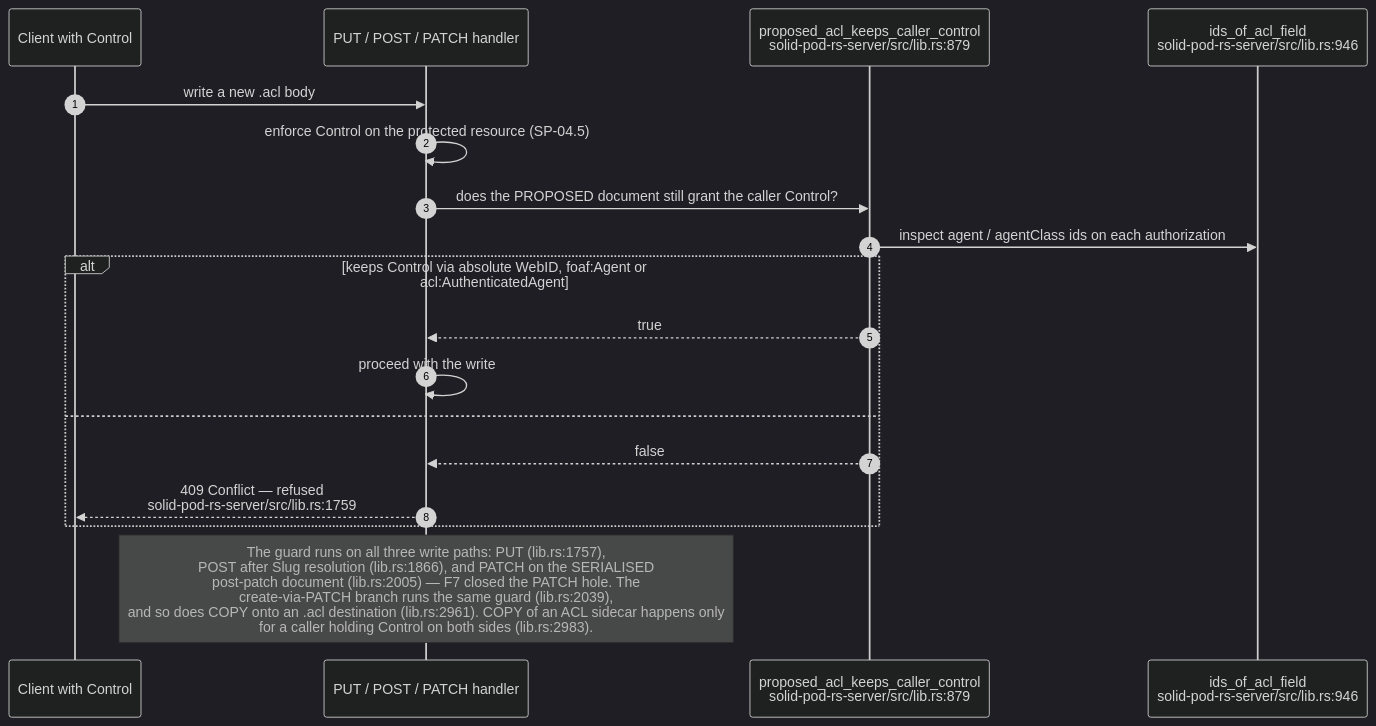
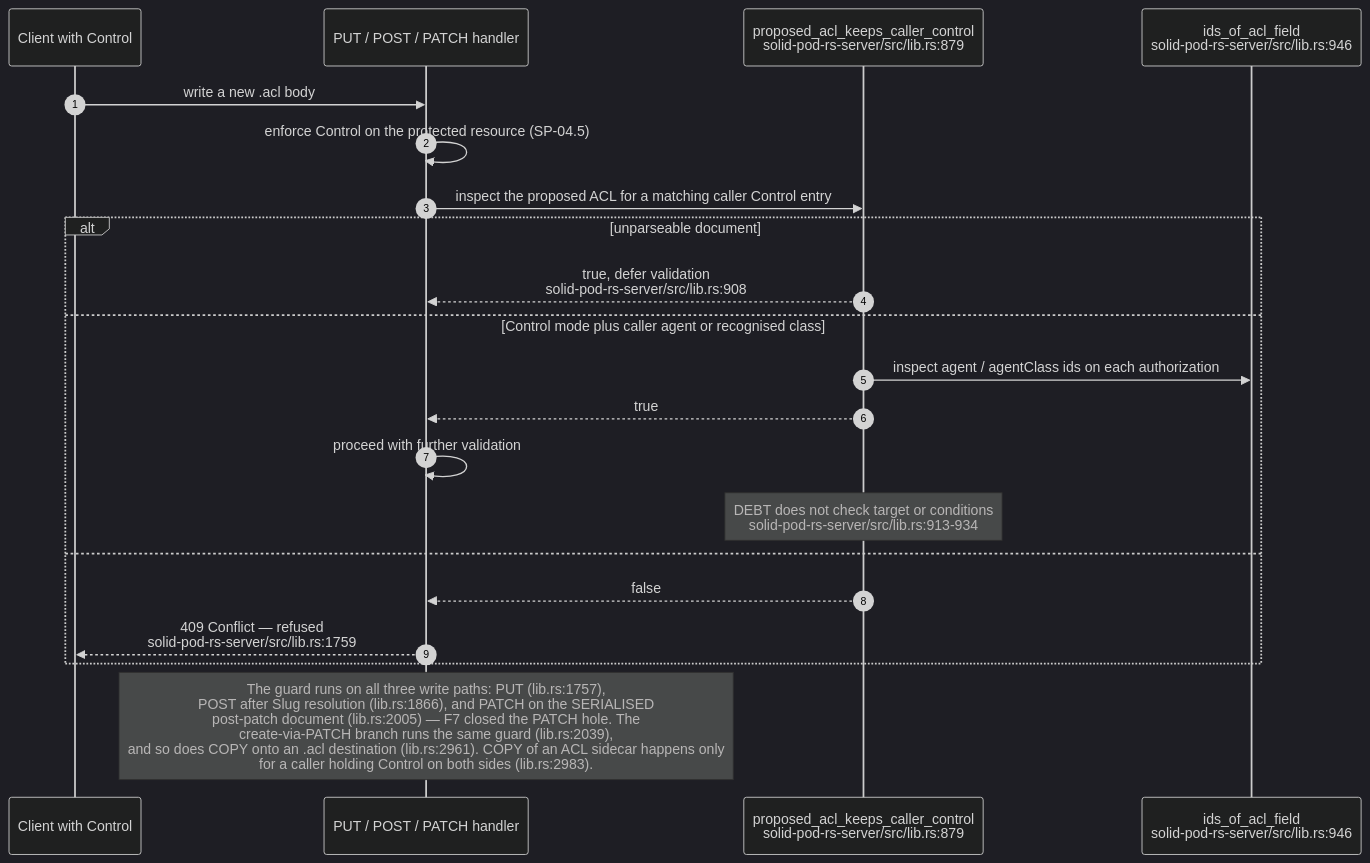
The sixth of 13 diagrams in docs/diagrams/solid-pod-rs/04-wac-authorisation.md (DreamLab-AI/VisionFlow), drawn with Mermaid (dark theme) before and after one commit. The commit also changed other lines of this file and 30 other files, not shown here.

Commit message:
docs: audit Solid HTTP ACL admission and delivery contracts

````diff
--- a/docs/diagrams/solid-pod-rs/04-wac-authorisation.md
+++ b/docs/diagrams/solid-pod-rs/04-wac-authorisation.md
@@ -191,21 +193,24 @@
 ```mermaid
 sequenceDiagram
     autonumber
     participant C as Client with Control
     participant H as PUT / POST / PATCH handler
     participant G as proposed_acl_keeps_caller_control<br/>solid-pod-rs-server/src/lib.rs:879
     participant IDS as ids_of_acl_field<br/>solid-pod-rs-server/src/lib.rs:946
 
     C->>H: write a new .acl body
     H->>H: enforce Control on the protected resource (SP-04.5)
-    H->>G: does the PROPOSED document still grant the caller Control?
-    G->>IDS: inspect agent / agentClass ids on each authorization
-    alt keeps Control via absolute WebID, foaf:Agent or acl:AuthenticatedAgent
+    H->>G: inspect the proposed ACL for a matching caller Control entry
+    alt unparseable document
+        G-->>H: true, defer validation<br/>solid-pod-rs-server/src/lib.rs:908
+    else Control mode plus caller agent or recognised class
+        G->>IDS: inspect agent / agentClass ids on each authorization
         G-->>H: true
-        H->>H: proceed with the write
+        H->>H: proceed with further validation
+        Note over G: DEBT does not check target or conditions<br/>solid-pod-rs-server/src/lib.rs:913-934
     else
         G-->>H: false
         H-->>C: 409 Conflict — refused<br/>solid-pod-rs-server/src/lib.rs:1759
     end
     Note over H: The guard runs on all three write paths: PUT (lib.rs:1757),<br/>POST after Slug resolution (lib.rs:1866), and PATCH on the SERIALISED<br/>post-patch document (lib.rs:2005) — F7 closed the PATCH hole. The<br/>create-via-PATCH branch runs the same guard (lib.rs:2039),<br/>and so does COPY onto an .acl destination (lib.rs:2961). COPY of an ACL sidecar happens only<br/>for a caller holding Control on both sides (lib.rs:2983).
 ```
````
